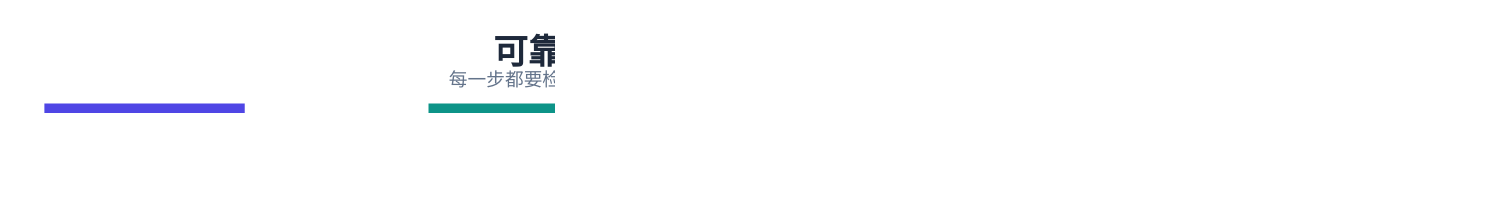
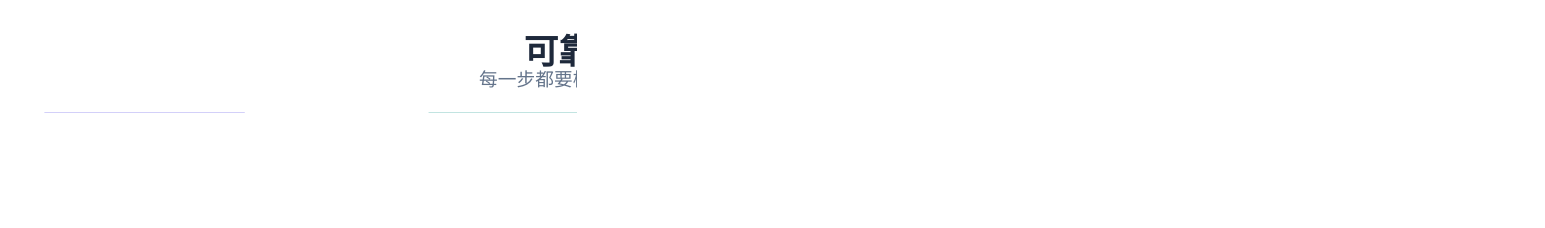
The diagram in Linux系统API/二.文件IO/file-io-assets/durable-replace.dot (zingerWang/Jobs), drawn with Graphviz before and after one commit. The commit also changed 394 other files, not shown here.

```diff
--- a/Linux系统API/二.文件IO/file-io-assets/durable-replace.dot
+++ b/Linux系统API/二.文件IO/file-io-assets/durable-replace.dot
@@ -1,13 +1,13 @@
 digraph G {
 graph [rankdir=LR, bgcolor="white", dpi=200, pad=0.3, nodesep=0.22, ranksep=0.6, fontname="PingFang SC", labelloc=t, label=<<FONT POINT-SIZE="24" COLOR="#1E293B"><B>可靠替换配置：内容和名字分别保存</B></FONT><BR/><FONT POINT-SIZE="13" COLOR="#64748B">每一步都要检查返回值；临时文件与目标位于同一目录，假设系统支持相应同步</FONT>>];
 node [shape=plaintext, fontname="PingFang SC"];
 edge [fontname="PingFang SC", fontsize=11, arrowsize=0.7, arrowhead=normal, penwidth=1.3];
 a [label=<<TABLE BORDER="0" CELLBORDER="0" CELLSPACING="0" CELLPADDING="10"><TR><TD BGCOLOR="#4F46E5"><FONT COLOR="white" POINT-SIZE="15"><B>① 写临时文件</B></FONT></TD></TR><TR><TD BGCOLOR="#EEF2FF" ALIGN="LEFT"><FONT COLOR="#1E293B" POINT-SIZE="12">新文件内容 version=2<BR ALIGN="LEFT"/>目标名仍指向旧版本</FONT></TD></TR></TABLE>>];
 b [label=<<TABLE BORDER="0" CELLBORDER="0" CELLSPACING="0" CELLPADDING="10"><TR><TD BGCOLOR="#0D9488"><FONT COLOR="white" POINT-SIZE="15"><B>② fsync 临时文件</B></FONT></TD></TR><TR><TD BGCOLOR="#F0FDFA" ALIGN="LEFT"><FONT COLOR="#1E293B" POINT-SIZE="12">等待新文件内容同步<BR ALIGN="LEFT"/>目标名仍未切换</FONT></TD></TR></TABLE>>];
-c [label=<<TABLE BORDER="0" CELLBORDER="0" CELLSPACING="0" CELLPADDING="10"><TR><TD BGCOLOR="#0284C7"><FONT COLOR="white" POINT-SIZE="15"><B>③ rename 替换名字</B></FONT></TD></TR><TR><TD BGCOLOR="#F0F9FF" ALIGN="LEFT"><FONT COLOR="#1E293B" POINT-SIZE="12">新打开目标名得到新文件<BR ALIGN="LEFT"/>旧 fd 仍指向旧文件</FONT></TD></TR></TABLE>>];
+c [label=<<TABLE BORDER="0" CELLBORDER="0" CELLSPACING="0" CELLPADDING="10"><TR><TD BGCOLOR="#0284C7"><FONT COLOR="white" POINT-SIZE="15"><B>③ rename 替换名字</B></FONT></TD></TR><TR><TD BGCOLOR="#F0F9FF" ALIGN="LEFT"><FONT COLOR="#1E293B" POINT-SIZE="12">目标名指向新文件，临时名消失<BR ALIGN="LEFT"/>旧文件失去目标名，不是交换名字<BR ALIGN="LEFT"/>旧 fd 仍指向旧文件</FONT></TD></TR></TABLE>>];
 d [label=<<TABLE BORDER="0" CELLBORDER="0" CELLSPACING="0" CELLPADDING="10"><TR><TD BGCOLOR="#0D9488"><FONT COLOR="white" POINT-SIZE="15"><B>④ fsync 父目录</B></FONT></TD></TR><TR><TD BGCOLOR="#F0FDFA" ALIGN="LEFT"><FONT COLOR="#1E293B" POINT-SIZE="12">保存名字替换的结果<BR ALIGN="LEFT"/>成功后再报告保存完成</FONT></TD></TR></TABLE>>];
 a -> b [label="内容先准备好", color="#0284C7", fontcolor="#0284C7"];
 b -> c [label="再让新读者找到它", color="#0284C7", fontcolor="#0284C7"];
 c -> d [label="名字变更也需同步", color="#0D9488", fontcolor="#0D9488"];
 
 }
```
